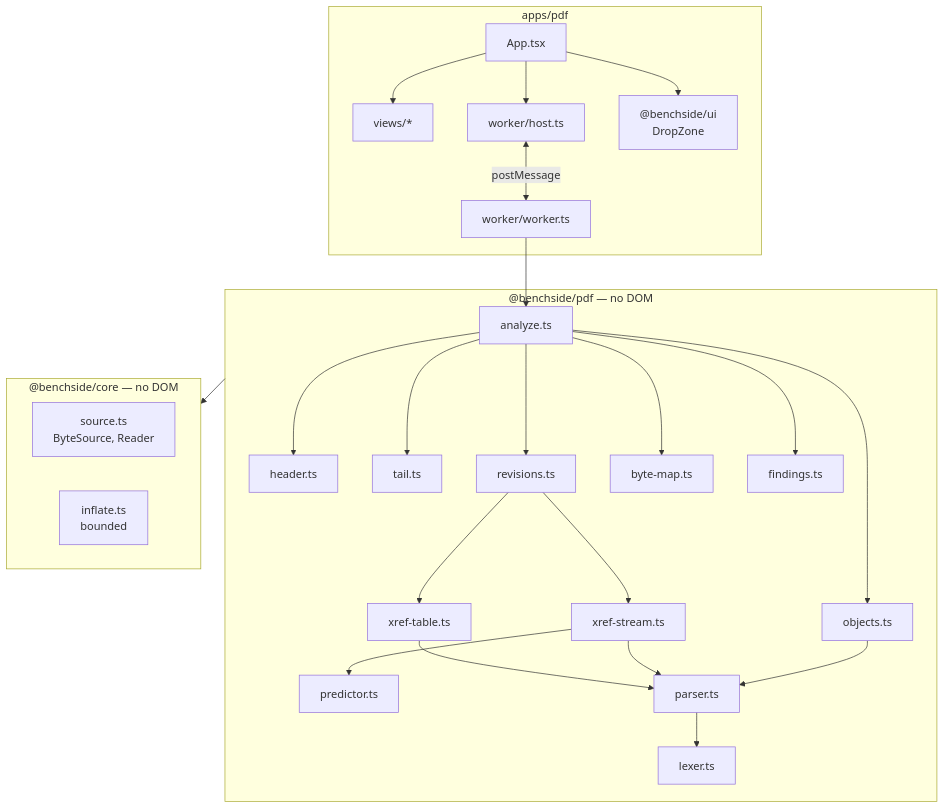
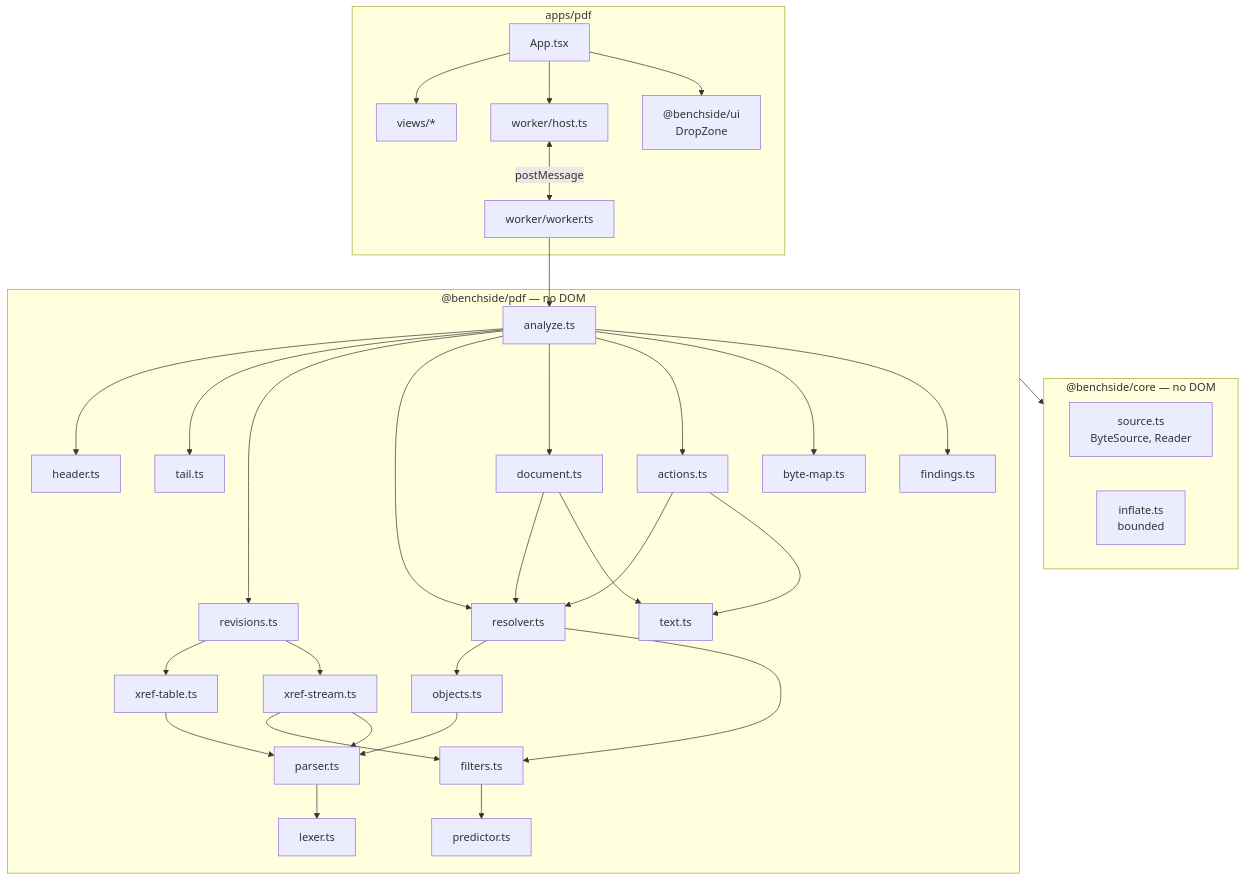
One commit to photom/benchside changed the first of 2 diagrams in docs/explanation/pdf-architecture.md. Above: the diagram before and after it, drawn with Mermaid. The commit also changed other lines of this file and 37 other files, not shown here.

Commit message:
Show the PDF document, pages, and actions (#10)

````diff
--- a/docs/explanation/pdf-architecture.md
+++ b/docs/explanation/pdf-architecture.md
@@ -7,28 +7,35 @@
 ```mermaid
 flowchart TD
   subgraph app ["apps/pdf"]
     App[App.tsx] --> views[views/*]
     App --> host[worker/host.ts]
     host <-- postMessage --> worker[worker/worker.ts]
     App --> ui["@benchside/ui<br/>DropZone"]
   end
   subgraph pkg ["@benchside/pdf — no DOM"]
     analyze[analyze.ts] --> header[header.ts]
     analyze --> tail[tail.ts]
     analyze --> revs[revisions.ts]
     revs --> table[xref-table.ts]
     revs --> xstream[xref-stream.ts]
-    xstream --> predictor[predictor.ts]
-    analyze --> objects[objects.ts]
+    xstream --> filters[filters.ts]
+    filters --> predictor[predictor.ts]
+    analyze --> resolver[resolver.ts]
+    resolver --> objects[objects.ts]
+    resolver --> filters
+    analyze --> document[document.ts]
+    analyze --> actions[actions.ts]
+    document & actions --> resolver
+    document & actions --> text[text.ts]
     table & xstream & objects --> parser[parser.ts]
     parser --> lexer[lexer.ts]
     analyze --> map[byte-map.ts]
     analyze --> findings[findings.ts]
   end
   subgraph core ["@benchside/core — no DOM"]
     source[source.ts<br/>ByteSource, Reader]
     inflate[inflate.ts<br/>bounded]
   end
   worker --> analyze
   pkg --> core
 ```
````
